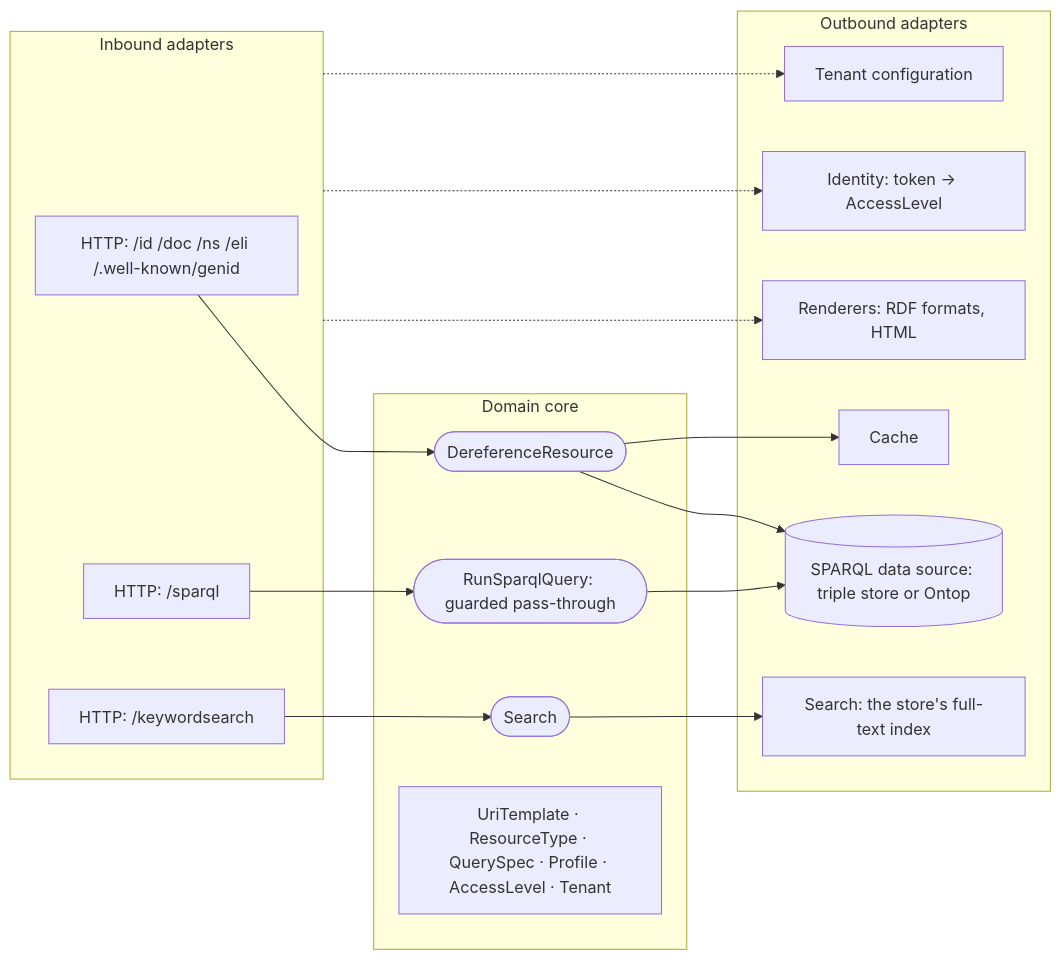
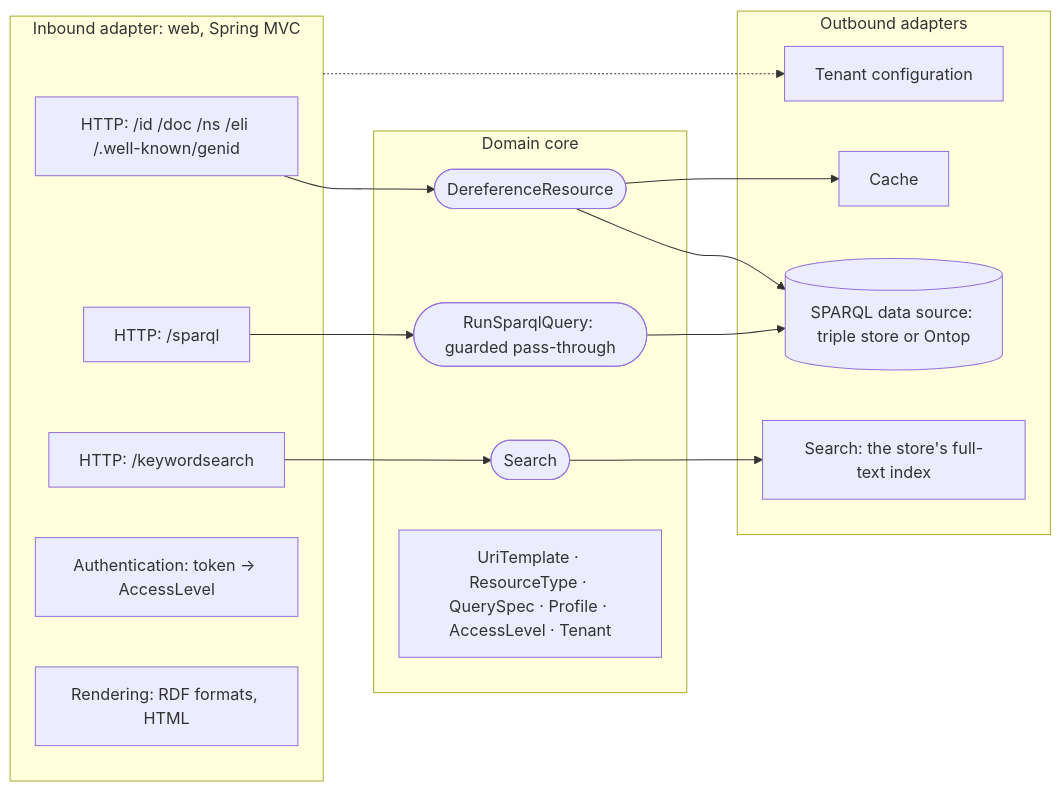
One commit to milieuinfo/SPieGeL changed the second of 2 diagrams in docs/analysis/05-architecture/hexagonal-design.md. Above: the diagram before and after it, drawn with Mermaid. The commit also changed other lines of this file and 9 other files, not shown here.

First line of the commit message:
docs: move rendering and authentication into the web adapter

````diff
--- a/docs/analysis/05-architecture/hexagonal-design.md
+++ b/docs/analysis/05-architecture/hexagonal-design.md
@@ -36,32 +36,30 @@
 ```mermaid
 flowchart LR
-    subgraph inbound [Inbound adapters]
+    subgraph inbound [Inbound adapter: web, Spring MVC]
         WEB[HTTP: /id /doc /ns /eli /.well-known/genid]
         SPQ[HTTP: /sparql]
         SRCH[HTTP: /keywordsearch]
+        AUTH[Authentication: token → AccessLevel]
+        REN[Rendering: RDF formats, HTML]
     end
     subgraph core [Domain core]
         UC1([DereferenceResource])
         UC2([RunSparqlQuery: guarded pass-through])
         UC3([Search])
         M[UriTemplate · ResourceType · QuerySpec · Profile · AccessLevel · Tenant]
     end
     subgraph outbound [Outbound adapters]
         CFG[Tenant configuration]
-        IDP[Identity: token → AccessLevel]
-        REN[Renderers: RDF formats, HTML]
         CACHE[Cache]
         DS[(SPARQL data source: triple store or Ontop)]
         SI[Search: the store's full-text index]
     end
     WEB --> UC1
     SPQ --> UC2
     SRCH --> UC3
     inbound -.-> CFG
-    inbound -.-> IDP
-    inbound -.-> REN
     UC1 --> CACHE
     UC1 --> DS
     UC2 --> DS
     UC3 --> SI
 ```
````
